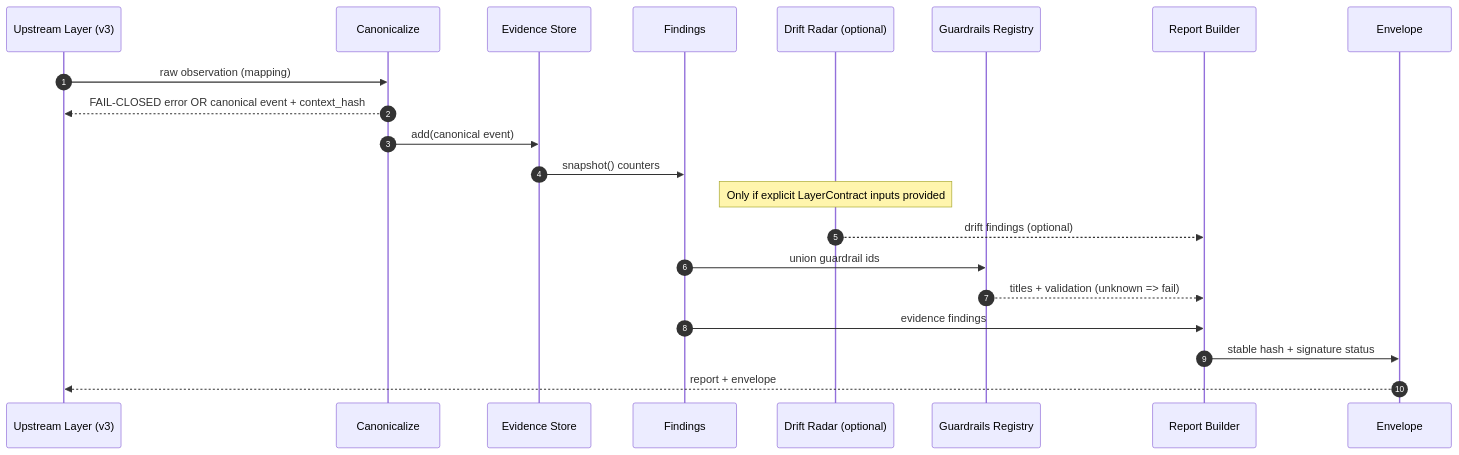
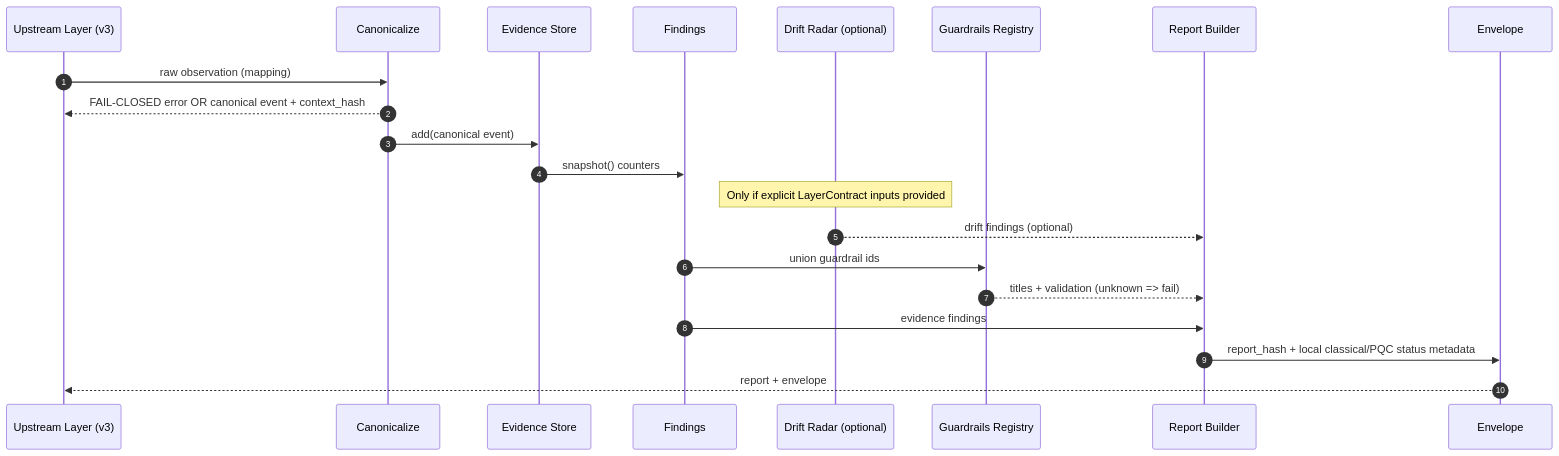
One commit to DarekDGB/DigiByte-Adaptive-Core changed the second of 4 diagrams in docs/reports/v3/ADAPTIVE_CORE_V3_DIAGRAMS.md. Above: the diagram before and after it, drawn with Mermaid. The commit also changed other lines of this file, not shown here.

First line of the commit message:
Revise Adaptive Core v3 diagrams and references

````diff
--- a/docs/reports/v3/ADAPTIVE_CORE_V3_DIAGRAMS.md
+++ b/docs/reports/v3/ADAPTIVE_CORE_V3_DIAGRAMS.md
@@ -51,24 +54,24 @@
 ```mermaid
 sequenceDiagram
   autonumber
   participant L as Upstream Layer (v3)
   participant C as Canonicalize
   participant E as Evidence Store
   participant F as Findings
   participant D as Drift Radar (optional)
   participant V as Guardrails Registry
   participant R as Report Builder
   participant H as Envelope
 
   L->>C: raw observation (mapping)
   C-->>L: FAIL-CLOSED error OR canonical event + context_hash
   C->>E: add(canonical event)
   E->>F: snapshot() counters
   Note over D: Only if explicit LayerContract inputs provided
   D-->>R: drift findings (optional)
   F->>V: union guardrail ids
   V-->>R: titles + validation (unknown => fail)
   F->>R: evidence findings
-  R->>H: stable hash + signature status
+  R->>H: report_hash + local classical/PQC status metadata
   H-->>L: report + envelope
 ```
````
